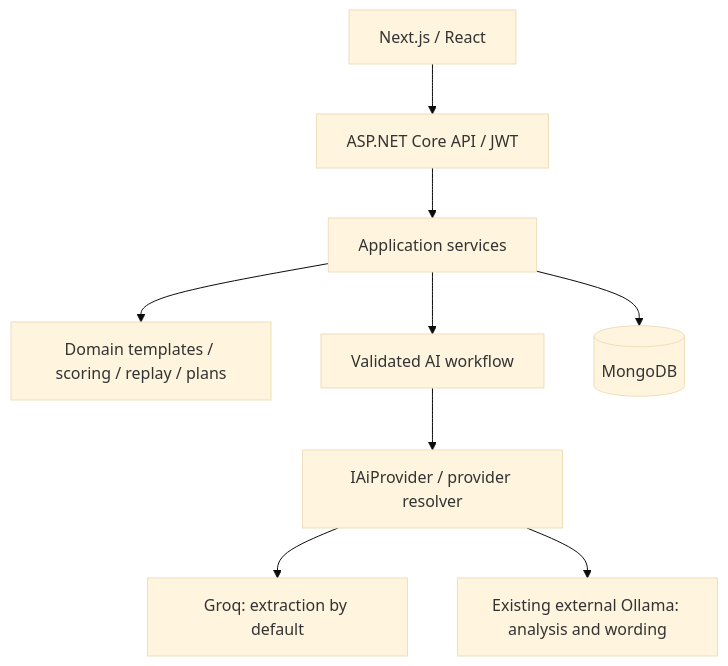
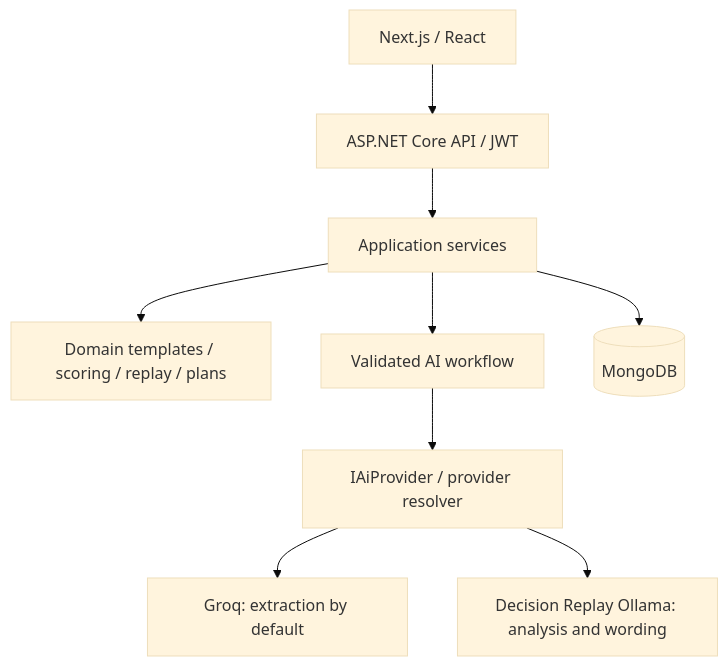
One commit to adriel03-dp/decision_replay changed the first of 2 diagrams in README.md. Above: the diagram before and after it, drawn with Mermaid (base theme). The commit also changed other lines of this file and 5 other files, not shown here.

````diff
--- a/README.md
+++ b/README.md
@@ -9,11 +9,11 @@
 ```mermaid
 flowchart TD
   UI[Next.js / React] --> API[ASP.NET Core API / JWT]
   API --> APP[Application services]
   APP --> DOMAIN[Domain templates / scoring / replay / plans]
   APP --> FLOW[Validated AI workflow]
   FLOW --> PORT[IAiProvider / provider resolver]
   PORT --> GROQ[Groq: extraction by default]
-  PORT --> OLLAMA[Existing external Ollama: analysis and wording]
+  PORT --> OLLAMA[Decision Replay Ollama: analysis and wording]
   APP --> DB[(MongoDB)]
 ```
````
